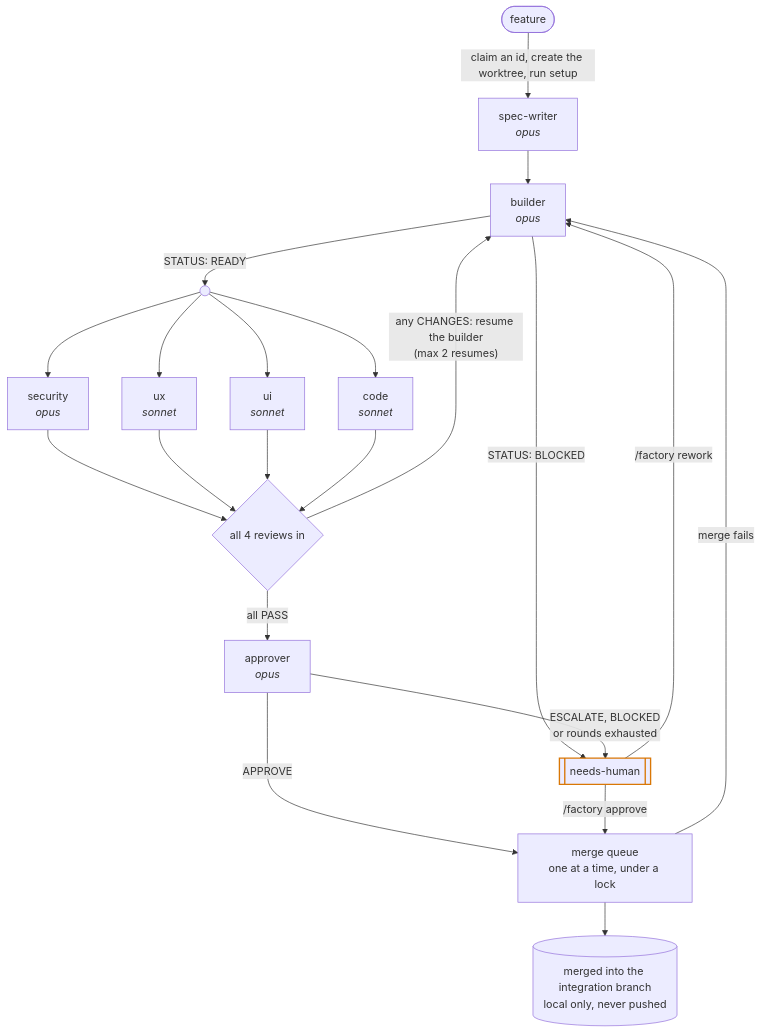
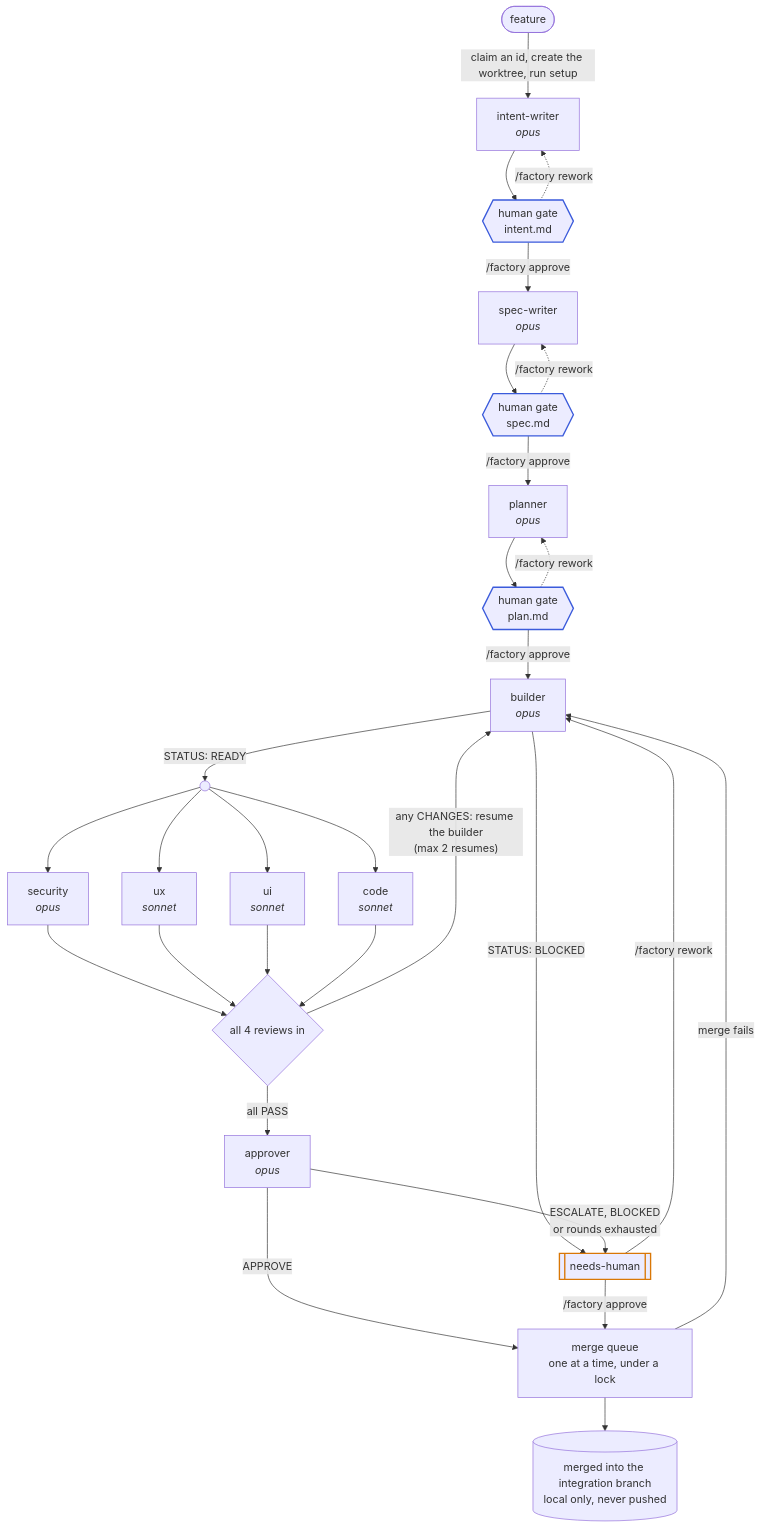
Before and after one commit to nickdala/software-factory: the diagram in PROMPT.md, drawn with Mermaid. The commit also changed other lines of this file and 2 other files, not shown here.

Commit message:
Document the human review gates and credit the AI Native SDLC Playbook

````diff
--- a/PROMPT.md
+++ b/PROMPT.md
@@ -28,34 +28,49 @@
 ```mermaid
 flowchart TD
     feature(["feature"])
+    intent["intent-writer<br/><i>opus</i>"]
+    gateIntent{{"human gate<br/>intent.md"}}
     spec["spec-writer<br/><i>opus</i>"]
+    gateSpec{{"human gate<br/>spec.md"}}
+    planner["planner<br/><i>opus</i>"]
+    gatePlan{{"human gate<br/>plan.md"}}
     builder["builder<br/><i>opus</i>"]
     fan(( ))
     security["security<br/><i>opus</i>"]
     ux["ux<br/><i>sonnet</i>"]
     ui["ui<br/><i>sonnet</i>"]
     code["code<br/><i>sonnet</i>"]
     wait{"all 4 reviews in"}
     approver["approver<br/><i>opus</i>"]
     human[["needs-human"]]
     queue["merge queue<br/>one at a time, under a lock"]
     merged[("merged into the integration branch<br/>local only, never pushed")]
 
-    feature -->|"claim an id, create the worktree, run setup"| spec
-    spec --> builder
+    feature -->|"claim an id, create the worktree, run setup"| intent
+    intent --> gateIntent
+    gateIntent -->|"/factory approve"| spec
+    gateIntent -.->|"/factory rework"| intent
+    spec --> gateSpec
+    gateSpec -->|"/factory approve"| planner
+    gateSpec -.->|"/factory rework"| spec
+    planner --> gatePlan
+    gatePlan -->|"/factory approve"| builder
+    gatePlan -.->|"/factory rework"| planner
     builder -->|"STATUS: READY"| fan
     fan --> security & ux & ui & code
     security & ux & ui & code --> wait
     wait -->|"any CHANGES: resume the builder<br/>(max 2 resumes)"| builder
     wait -->|"all PASS"| approver
     approver -->|"APPROVE"| queue
     queue --> merged
     builder -->|"STATUS: BLOCKED"| human
     approver -->|"ESCALATE, BLOCKED<br/>or rounds exhausted"| human
     human -->|"/factory approve"| queue
     human -->|"/factory rework"| builder
     queue -->|"merge fails"| builder
 
     classDef needsHuman stroke:#d97706,stroke-width:2px
     class human needsHuman
+    classDef humanGate stroke:#3b5bdb,stroke-width:2px
+    class gateIntent,gateSpec,gatePlan humanGate
 ```
````
